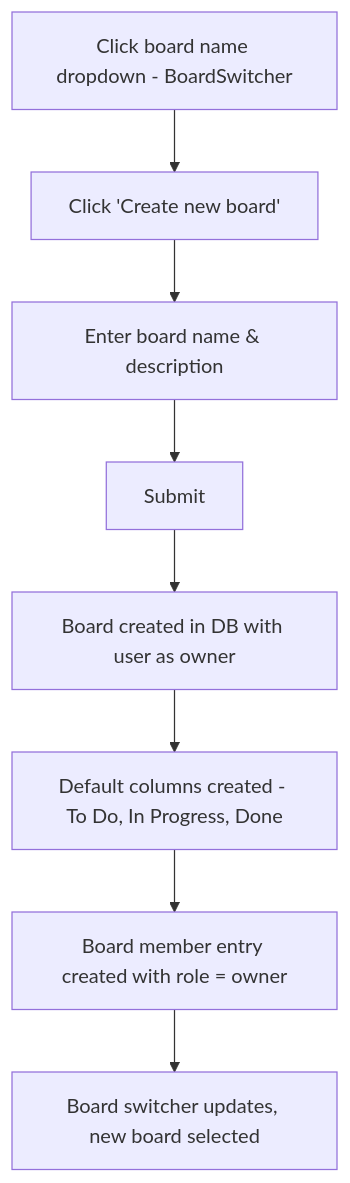
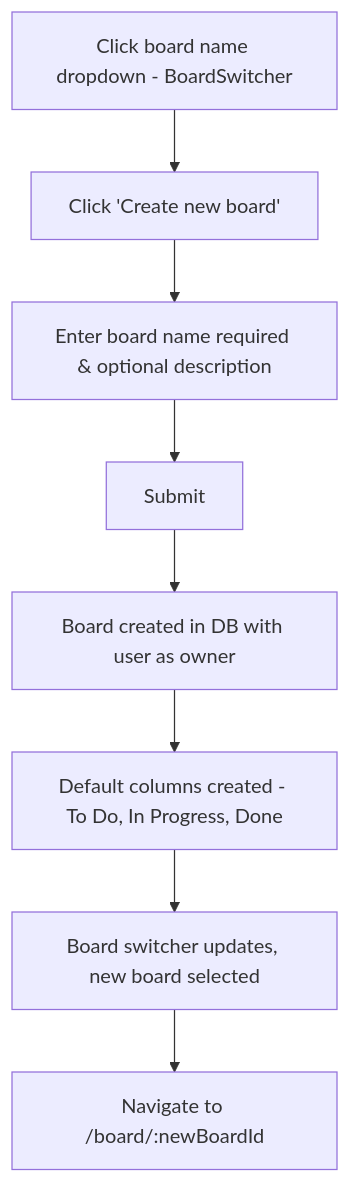
Before and after one commit to PrakritOjha/flowlink-tasks: the sixth of 31 diagrams in userflow.md, drawn with Mermaid. The commit also changed other lines of this file and 4 other files, not shown here.

First line of the commit message:
feat: Update user flow documentation with detailed steps for account creation, sign in, and board management

````diff
--- a/userflow.md
+++ b/userflow.md
@@ -66,10 +81,10 @@
 ```mermaid
 flowchart TD
     A[Click board name dropdown - BoardSwitcher] --> B[Click 'Create new board']
-    B --> C[Enter board name & description]
+    B --> C[Enter board name required & optional description]
     C --> D[Submit]
     D --> E[Board created in DB with user as owner]
     E --> F[Default columns created - To Do, In Progress, Done]
-    F --> G[Board member entry created with role = owner]
-    G --> H[Board switcher updates, new board selected]
+    F --> G[Board switcher updates, new board selected]
+    G --> H[Navigate to /board/:newBoardId]
 ```
````
